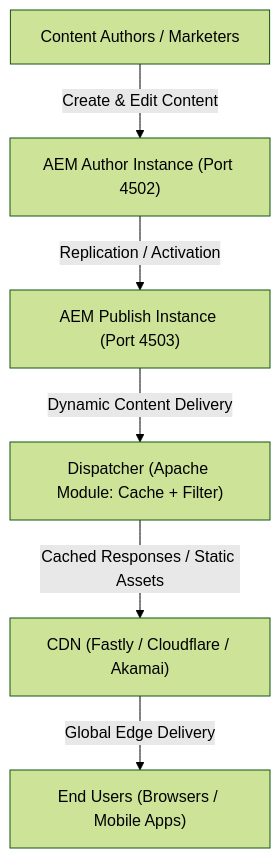
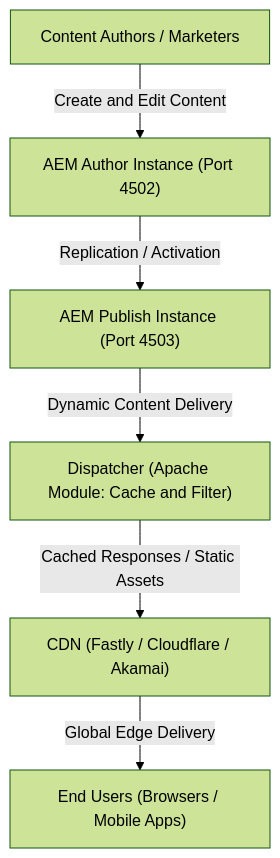
One commit to AyushShuklaAxeno/AEM-Notes- changed the first of 2 diagrams in Notes/Module-1(Intro-BigPicture).md. Above: the diagram before and after it, drawn with Mermaid (forest theme). The commit also changed other lines of this file and 1 other file, not shown here.

Commit message:
adjust render

````diff
--- a/Notes/Module-1(Intro-BigPicture).md
+++ b/Notes/Module-1(Intro-BigPicture).md
@@ -99,8 +99,8 @@
 ```mermaid
 flowchart TD
-    Authors["Content Authors / Marketers"] -->|Create & Edit Content| AuthorInst["AEM Author Instance (Port 4502)"]
-    AuthorInst -->|Replication / Activation| PublishInst["AEM Publish Instance (Port 4503)"]
-    PublishInst -->|Dynamic Content Delivery| Dispatcher["Dispatcher (Apache Module: Cache + Filter)"]
-    Dispatcher -->|Cached Responses / Static Assets| CDN["CDN (Fastly / Cloudflare / Akamai)"]
-    CDN -->|Global Edge Delivery| EndUsers["End Users (Browsers / Mobile Apps)"]
+    Authors["Content Authors / Marketers"] -->|"Create and Edit Content"| AuthorInst["AEM Author Instance (Port 4502)"]
+    AuthorInst -->|"Replication / Activation"| PublishInst["AEM Publish Instance (Port 4503)"]
+    PublishInst -->|"Dynamic Content Delivery"| Dispatcher["Dispatcher (Apache Module: Cache and Filter)"]
+    Dispatcher -->|"Cached Responses / Static Assets"| CDN["CDN (Fastly / Cloudflare / Akamai)"]
+    CDN -->|"Global Edge Delivery"| EndUsers["End Users (Browsers / Mobile Apps)"]
 ```
````
